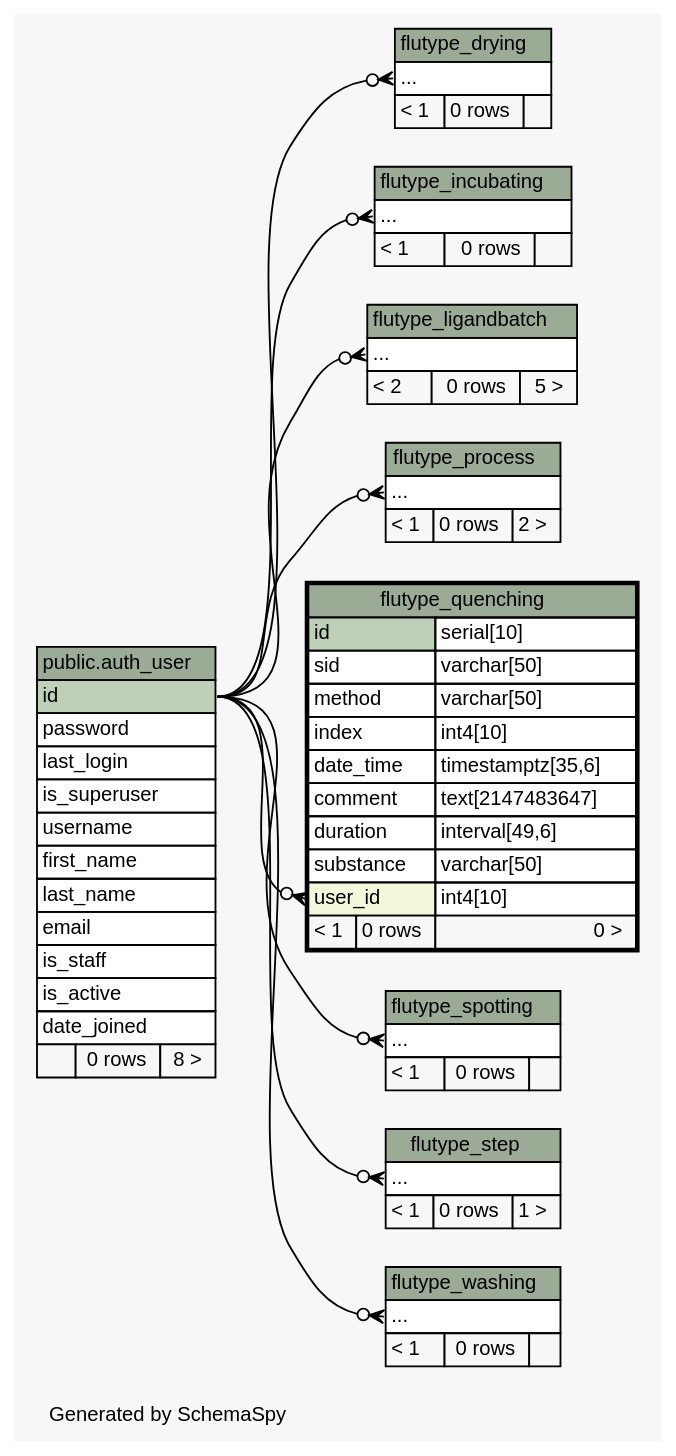
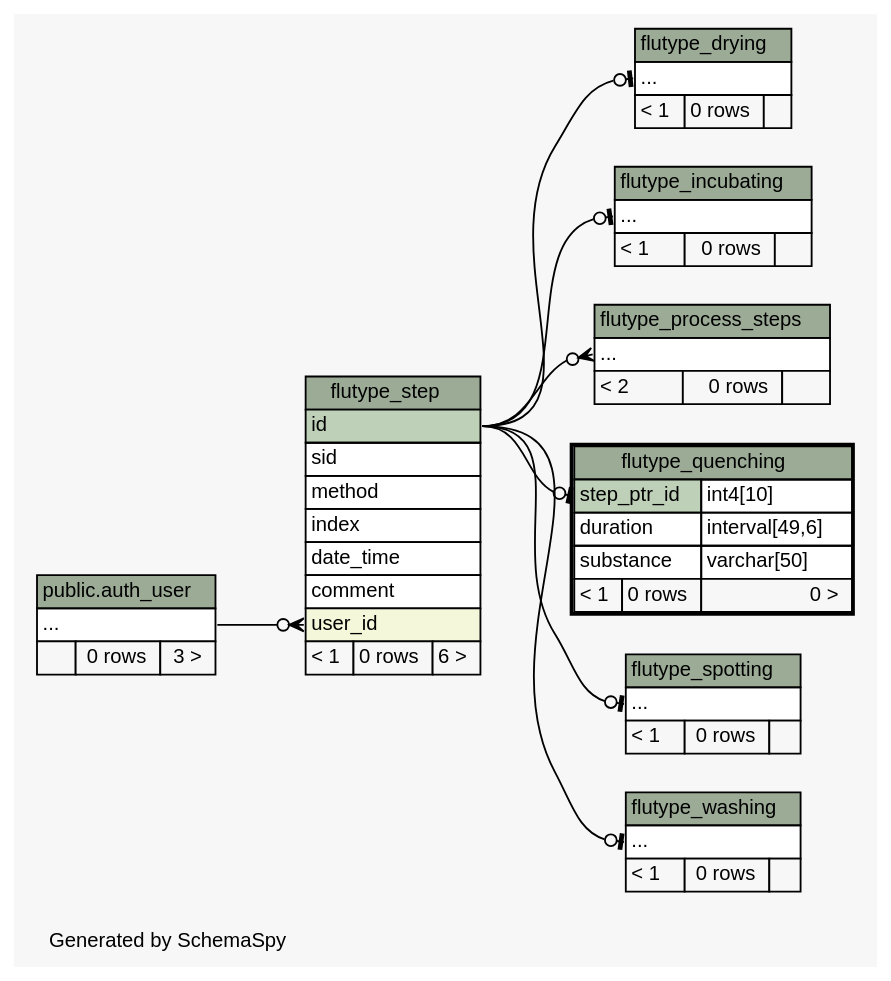
One commit to janekg89/flutype_webapp changed the diagram in docs/schema/diagrams/flutype_quenching.2degrees.dot. Above: the diagram before and after it, drawn with Graphviz. The commit also changed 139 other files, not shown here.

Commit message:
add schema settings for janeks pc, working on fill_db.py with new model.

```diff
--- a/docs/schema/diagrams/flutype_quenching.2degrees.dot
+++ b/docs/schema/diagrams/flutype_quenching.2degrees.dot
@@ -1,137 +1,116 @@
-// dot 2.38.0 on Linux 4.4.0-89-generic
+// dot 2.38.0 on Linux 4.10.0-27-generic
 // SchemaSpy rev 590
 digraph "twoDegreesRelationshipsDiagram" {
   graph [
     rankdir="RL"
     bgcolor="#f7f7f7"
     label="\nGenerated by SchemaSpy"
     labeljust="l"
     nodesep="0.18"
     ranksep="0.46"
     fontname="Helvetica"
     fontsize="11"
   ];
   node [
     fontname="Helvetica"
     fontsize="11"
     shape="plaintext"
   ];
   edge [
     arrowsize="0.8"
   ];
-  "flutype_drying":"elipses":w -> "public.auth_user":"id":e [arrowhead=none dir=back arrowtail=crowodot];
-  "flutype_incubating":"elipses":w -> "public.auth_user":"id":e [arrowhead=none dir=back arrowtail=crowodot];
-  "flutype_ligandbatch":"elipses":w -> "public.auth_user":"id":e [arrowhead=none dir=back arrowtail=crowodot];
-  "flutype_process":"elipses":w -> "public.auth_user":"id":e [arrowhead=none dir=back arrowtail=crowodot];
-  "flutype_quenching":"user_id":w -> "public.auth_user":"id":e [arrowhead=none dir=back arrowtail=crowodot];
-  "flutype_spotting":"elipses":w -> "public.auth_user":"id":e [arrowhead=none dir=back arrowtail=crowodot];
-  "flutype_step":"elipses":w -> "public.auth_user":"id":e [arrowhead=none dir=back arrowtail=crowodot];
-  "flutype_washing":"elipses":w -> "public.auth_user":"id":e [arrowhead=none dir=back arrowtail=crowodot];
+  "flutype_drying":"elipses":w -> "flutype_step":"id":e [arrowhead=none dir=back arrowtail=teeodot];
+  "flutype_incubating":"elipses":w -> "flutype_step":"id":e [arrowhead=none dir=back arrowtail=teeodot];
+  "flutype_process_steps":"elipses":w -> "flutype_step":"id":e [arrowhead=none dir=back arrowtail=crowodot];
+  "flutype_quenching":"step_ptr_id":w -> "flutype_step":"id":e [arrowhead=none dir=back arrowtail=teeodot];
+  "flutype_spotting":"elipses":w -> "flutype_step":"id":e [arrowhead=none dir=back arrowtail=teeodot];
+  "flutype_step":"user_id":w -> "public.auth_user":"elipses":e [arrowhead=none dir=back arrowtail=crowodot];
+  "flutype_washing":"elipses":w -> "flutype_step":"id":e [arrowhead=none dir=back arrowtail=teeodot];
   "public.auth_user" [
     label=<
     <TABLE BORDER="0" CELLBORDER="1" CELLSPACING="0" BGCOLOR="#ffffff">
       <TR><TD COLSPAN="3" BGCOLOR="#9bab96" ALIGN="CENTER">public.auth_user</TD></TR>
-      <TR><TD PORT="id" COLSPAN="3" BGCOLOR="#bed1b8" ALIGN="LEFT">id</TD></TR>
-      <TR><TD PORT="password" COLSPAN="3" ALIGN="LEFT">password</TD></TR>
-      <TR><TD PORT="last_login" COLSPAN="3" ALIGN="LEFT">last_login</TD></TR>
-      <TR><TD PORT="is_superuser" COLSPAN="3" ALIGN="LEFT">is_superuser</TD></TR>
-      <TR><TD PORT="username" COLSPAN="3" ALIGN="LEFT">username</TD></TR>
-      <TR><TD PORT="first_name" COLSPAN="3" ALIGN="LEFT">first_name</TD></TR>
-      <TR><TD PORT="last_name" COLSPAN="3" ALIGN="LEFT">last_name</TD></TR>
-      <TR><TD PORT="email" COLSPAN="3" ALIGN="LEFT">email</TD></TR>
-      <TR><TD PORT="is_staff" COLSPAN="3" ALIGN="LEFT">is_staff</TD></TR>
-      <TR><TD PORT="is_active" COLSPAN="3" ALIGN="LEFT">is_active</TD></TR>
-      <TR><TD PORT="date_joined" COLSPAN="3" ALIGN="LEFT">date_joined</TD></TR>
-      <TR><TD ALIGN="LEFT" BGCOLOR="#f7f7f7">  </TD><TD ALIGN="RIGHT" BGCOLOR="#f7f7f7">0 rows</TD><TD ALIGN="RIGHT" BGCOLOR="#f7f7f7">8 &gt;</TD></TR>
+      <TR><TD PORT="elipses" COLSPAN="3" ALIGN="LEFT">...</TD></TR>
+      <TR><TD ALIGN="LEFT" BGCOLOR="#f7f7f7">  </TD><TD ALIGN="RIGHT" BGCOLOR="#f7f7f7">0 rows</TD><TD ALIGN="RIGHT" BGCOLOR="#f7f7f7">3 &gt;</TD></TR>
     </TABLE>>
     tooltip="public.auth_user"
   ];
   "flutype_drying" [
     label=<
     <TABLE BORDER="0" CELLBORDER="1" CELLSPACING="0" BGCOLOR="#ffffff">
       <TR><TD COLSPAN="3" BGCOLOR="#9bab96" ALIGN="CENTER">flutype_drying</TD></TR>
       <TR><TD PORT="elipses" COLSPAN="3" ALIGN="LEFT">...</TD></TR>
       <TR><TD ALIGN="LEFT" BGCOLOR="#f7f7f7">&lt; 1</TD><TD ALIGN="RIGHT" BGCOLOR="#f7f7f7">0 rows</TD><TD ALIGN="RIGHT" BGCOLOR="#f7f7f7">  </TD></TR>
     </TABLE>>
     URL="flutype_drying.html"
     tooltip="flutype_drying"
   ];
   "flutype_incubating" [
     label=<
     <TABLE BORDER="0" CELLBORDER="1" CELLSPACING="0" BGCOLOR="#ffffff">
       <TR><TD COLSPAN="3" BGCOLOR="#9bab96" ALIGN="CENTER">flutype_incubating</TD></TR>
       <TR><TD PORT="elipses" COLSPAN="3" ALIGN="LEFT">...</TD></TR>
       <TR><TD ALIGN="LEFT" BGCOLOR="#f7f7f7">&lt; 1</TD><TD ALIGN="RIGHT" BGCOLOR="#f7f7f7">0 rows</TD><TD ALIGN="RIGHT" BGCOLOR="#f7f7f7">  </TD></TR>
     </TABLE>>
     URL="flutype_incubating.html"
     tooltip="flutype_incubating"
   ];
-  "flutype_ligandbatch" [
+  "flutype_process_steps" [
     label=<
     <TABLE BORDER="0" CELLBORDER="1" CELLSPACING="0" BGCOLOR="#ffffff">
-      <TR><TD COLSPAN="3" BGCOLOR="#9bab96" ALIGN="CENTER">flutype_ligandbatch</TD></TR>
+      <TR><TD COLSPAN="3" BGCOLOR="#9bab96" ALIGN="CENTER">flutype_process_steps</TD></TR>
       <TR><TD PORT="elipses" COLSPAN="3" ALIGN="LEFT">...</TD></TR>
-      <TR><TD ALIGN="LEFT" BGCOLOR="#f7f7f7">&lt; 2</TD><TD ALIGN="RIGHT" BGCOLOR="#f7f7f7">0 rows</TD><TD ALIGN="RIGHT" BGCOLOR="#f7f7f7">5 &gt;</TD></TR>
+      <TR><TD ALIGN="LEFT" BGCOLOR="#f7f7f7">&lt; 2</TD><TD ALIGN="RIGHT" BGCOLOR="#f7f7f7">0 rows</TD><TD ALIGN="RIGHT" BGCOLOR="#f7f7f7">  </TD></TR>
     </TABLE>>
-    URL="flutype_ligandbatch.html"
-    tooltip="flutype_ligandbatch"
-  ];
-  "flutype_process" [
-    label=<
-    <TABLE BORDER="0" CELLBORDER="1" CELLSPACING="0" BGCOLOR="#ffffff">
-      <TR><TD COLSPAN="3" BGCOLOR="#9bab96" ALIGN="CENTER">flutype_process</TD></TR>
-      <TR><TD PORT="elipses" COLSPAN="3" ALIGN="LEFT">...</TD></TR>
-      <TR><TD ALIGN="LEFT" BGCOLOR="#f7f7f7">&lt; 1</TD><TD ALIGN="RIGHT" BGCOLOR="#f7f7f7">0 rows</TD><TD ALIGN="RIGHT" BGCOLOR="#f7f7f7">2 &gt;</TD></TR>
-    </TABLE>>
-    URL="flutype_process.html"
-    tooltip="flutype_process"
+    URL="flutype_process_steps.html"
+    tooltip="flutype_process_steps"
   ];
   "flutype_quenching" [
     label=<
     <TABLE BORDER="2" CELLBORDER="1" CELLSPACING="0" BGCOLOR="#ffffff">
       <TR><TD COLSPAN="3" BGCOLOR="#9bab96" ALIGN="CENTER">flutype_quenching</TD></TR>
-      <TR><TD PORT="id" COLSPAN="2" BGCOLOR="#bed1b8" ALIGN="LEFT">id</TD><TD PORT="id.type" ALIGN="LEFT">serial[10]</TD></TR>
-      <TR><TD PORT="sid" COLSPAN="2" ALIGN="LEFT">sid</TD><TD PORT="sid.type" ALIGN="LEFT">varchar[50]</TD></TR>
-      <TR><TD PORT="method" COLSPAN="2" ALIGN="LEFT">method</TD><TD PORT="method.type" ALIGN="LEFT">varchar[50]</TD></TR>
-      <TR><TD PORT="index" COLSPAN="2" ALIGN="LEFT">index</TD><TD PORT="index.type" ALIGN="LEFT">int4[10]</TD></TR>
-      <TR><TD PORT="date_time" COLSPAN="2" ALIGN="LEFT">date_time</TD><TD PORT="date_time.type" ALIGN="LEFT">timestamptz[35,6]</TD></TR>
-      <TR><TD PORT="comment" COLSPAN="2" ALIGN="LEFT">comment</TD><TD PORT="comment.type" ALIGN="LEFT">text[2147483647]</TD></TR>
+      <TR><TD PORT="step_ptr_id" COLSPAN="2" BGCOLOR="#bed1b8" ALIGN="LEFT">step_ptr_id</TD><TD PORT="step_ptr_id.type" ALIGN="LEFT">int4[10]</TD></TR>
       <TR><TD PORT="duration" COLSPAN="2" ALIGN="LEFT">duration</TD><TD PORT="duration.type" ALIGN="LEFT">interval[49,6]</TD></TR>
       <TR><TD PORT="substance" COLSPAN="2" ALIGN="LEFT">substance</TD><TD PORT="substance.type" ALIGN="LEFT">varchar[50]</TD></TR>
-      <TR><TD PORT="user_id" COLSPAN="2" BGCOLOR="#f4f7da" ALIGN="LEFT">user_id</TD><TD PORT="user_id.type" ALIGN="LEFT">int4[10]</TD></TR>
       <TR><TD ALIGN="LEFT" BGCOLOR="#f7f7f7">&lt; 1</TD><TD ALIGN="RIGHT" BGCOLOR="#f7f7f7">0 rows</TD><TD ALIGN="RIGHT" BGCOLOR="#f7f7f7">0 &gt;</TD></TR>
     </TABLE>>
     URL="flutype_quenching.html"
     tooltip="flutype_quenching"
   ];
   "flutype_spotting" [
     label=<
     <TABLE BORDER="0" CELLBORDER="1" CELLSPACING="0" BGCOLOR="#ffffff">
       <TR><TD COLSPAN="3" BGCOLOR="#9bab96" ALIGN="CENTER">flutype_spotting</TD></TR>
       <TR><TD PORT="elipses" COLSPAN="3" ALIGN="LEFT">...</TD></TR>
       <TR><TD ALIGN="LEFT" BGCOLOR="#f7f7f7">&lt; 1</TD><TD ALIGN="RIGHT" BGCOLOR="#f7f7f7">0 rows</TD><TD ALIGN="RIGHT" BGCOLOR="#f7f7f7">  </TD></TR>
     </TABLE>>
     URL="flutype_spotting.html"
     tooltip="flutype_spotting"
   ];
   "flutype_step" [
     label=<
     <TABLE BORDER="0" CELLBORDER="1" CELLSPACING="0" BGCOLOR="#ffffff">
       <TR><TD COLSPAN="3" BGCOLOR="#9bab96" ALIGN="CENTER">flutype_step</TD></TR>
-      <TR><TD PORT="elipses" COLSPAN="3" ALIGN="LEFT">...</TD></TR>
-      <TR><TD ALIGN="LEFT" BGCOLOR="#f7f7f7">&lt; 1</TD><TD ALIGN="RIGHT" BGCOLOR="#f7f7f7">0 rows</TD><TD ALIGN="RIGHT" BGCOLOR="#f7f7f7">1 &gt;</TD></TR>
+      <TR><TD PORT="id" COLSPAN="3" BGCOLOR="#bed1b8" ALIGN="LEFT">id</TD></TR>
+      <TR><TD PORT="sid" COLSPAN="3" ALIGN="LEFT">sid</TD></TR>
+      <TR><TD PORT="method" COLSPAN="3" ALIGN="LEFT">method</TD></TR>
+      <TR><TD PORT="index" COLSPAN="3" ALIGN="LEFT">index</TD></TR>
+      <TR><TD PORT="date_time" COLSPAN="3" ALIGN="LEFT">date_time</TD></TR>
+      <TR><TD PORT="comment" COLSPAN="3" ALIGN="LEFT">comment</TD></TR>
+      <TR><TD PORT="user_id" COLSPAN="3" BGCOLOR="#f4f7da" ALIGN="LEFT">user_id</TD></TR>
+      <TR><TD ALIGN="LEFT" BGCOLOR="#f7f7f7">&lt; 1</TD><TD ALIGN="RIGHT" BGCOLOR="#f7f7f7">0 rows</TD><TD ALIGN="RIGHT" BGCOLOR="#f7f7f7">6 &gt;</TD></TR>
     </TABLE>>
     URL="flutype_step.html"
     tooltip="flutype_step"
   ];
   "flutype_washing" [
     label=<
     <TABLE BORDER="0" CELLBORDER="1" CELLSPACING="0" BGCOLOR="#ffffff">
       <TR><TD COLSPAN="3" BGCOLOR="#9bab96" ALIGN="CENTER">flutype_washing</TD></TR>
       <TR><TD PORT="elipses" COLSPAN="3" ALIGN="LEFT">...</TD></TR>
       <TR><TD ALIGN="LEFT" BGCOLOR="#f7f7f7">&lt; 1</TD><TD ALIGN="RIGHT" BGCOLOR="#f7f7f7">0 rows</TD><TD ALIGN="RIGHT" BGCOLOR="#f7f7f7">  </TD></TR>
     </TABLE>>
     URL="flutype_washing.html"
     tooltip="flutype_washing"
   ];
 }
```
